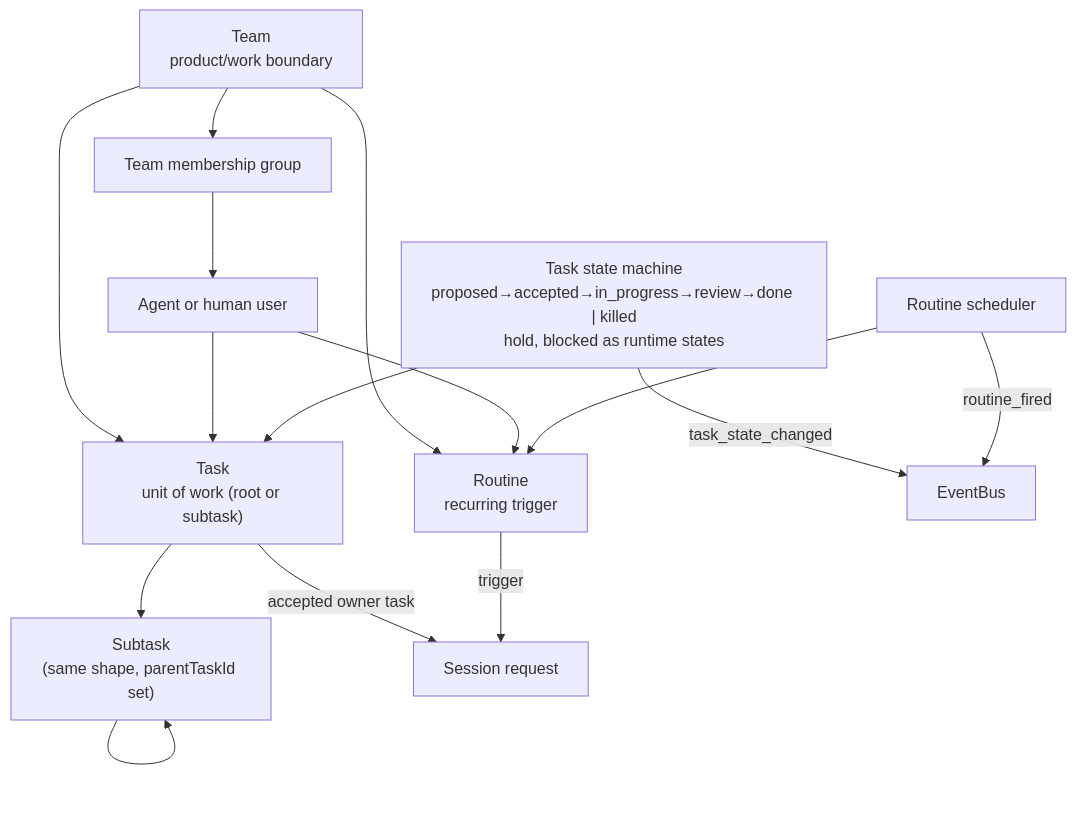
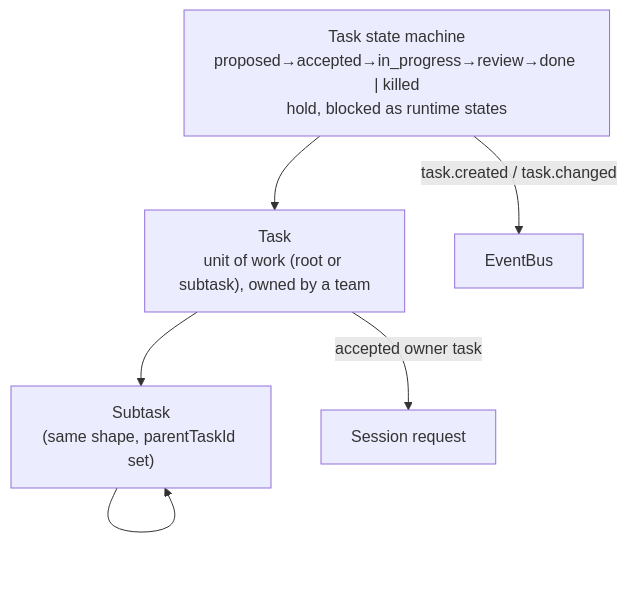
Before and after one commit to idle-builders/hyperidle: the fourth of 13 diagrams in docs/architecture/as-implemented-domain-architecture.md, drawn with Mermaid. The commit also changed other lines of this file and 653 other files, not shown here.

````diff
--- a/docs/architecture/as-implemented-domain-architecture.md
+++ b/docs/architecture/as-implemented-domain-architecture.md
@@ -128,27 +140,14 @@
 ```mermaid
 flowchart TB
-  Team["Team\nproduct/work boundary"]
-  MemberGroup["Team membership group"]
-  Agent["Agent or human user"]
-  Task["Task\nunit of work (root or subtask)"]
+  Task["Task\nunit of work (root or subtask), owned by a team"]
   Subtask["Subtask\n(same shape, parentTaskId set)"]
-  Routine["Routine\nrecurring trigger"]
 
-  Team --> MemberGroup
-  MemberGroup --> Agent
-  Team --> Task
   Task --> Subtask
   Subtask --> Subtask
-  Team --> Routine
-  Agent --> Task
-  Agent --> Routine
 
   TaskState["Task state machine\nproposed→accepted→in_progress→review→done | killed\nhold, blocked as runtime states"] --> Task
-  RoutineScheduler["Routine scheduler"] --> Routine
 
-  TaskState -- "task_state_changed" --> Events["EventBus"]
-  RoutineScheduler -- "routine_fired" --> Events
+  TaskState -- "task.created / task.changed" --> Events["EventBus"]
 
   Task -- "accepted owner task" --> SessionRequest["Session request"]
-  Routine -- "trigger" --> SessionRequest
 ```
````
